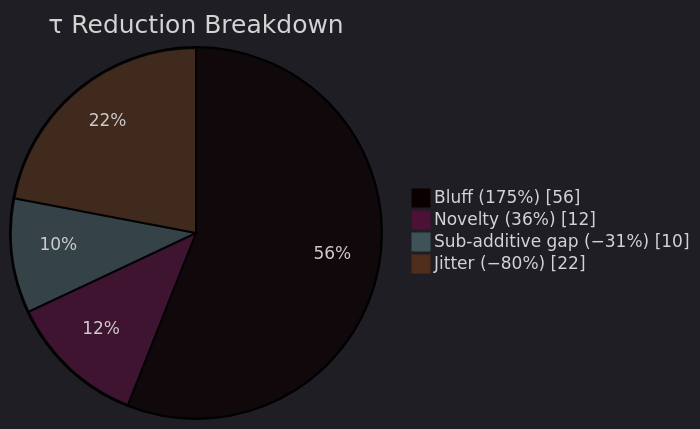
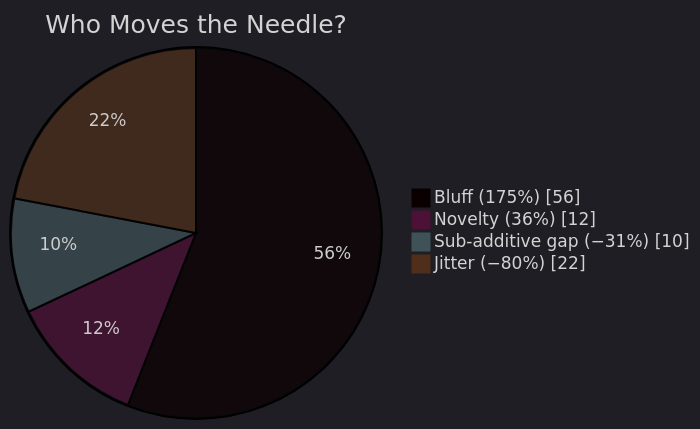
The second of 3 diagrams in README.md (celosers/AdaptiveBathNegotiater), drawn with Mermaid before and after one commit. The commit also changed other lines of this file, not shown here.

````diff
--- a/README.md
+++ b/README.md
@@ -90,9 +65,9 @@
 ```mermaid
 %%{init: {'theme': 'dark'}}%%
 pie showData
-    title τ Reduction Breakdown
+    title Who Moves the Needle?
     "Bluff (175%)" : 56
     "Novelty (36%)" : 12
     "Sub-additive gap (−31%)" : 10
     "Jitter (−80%)" : 22
 ```
````
